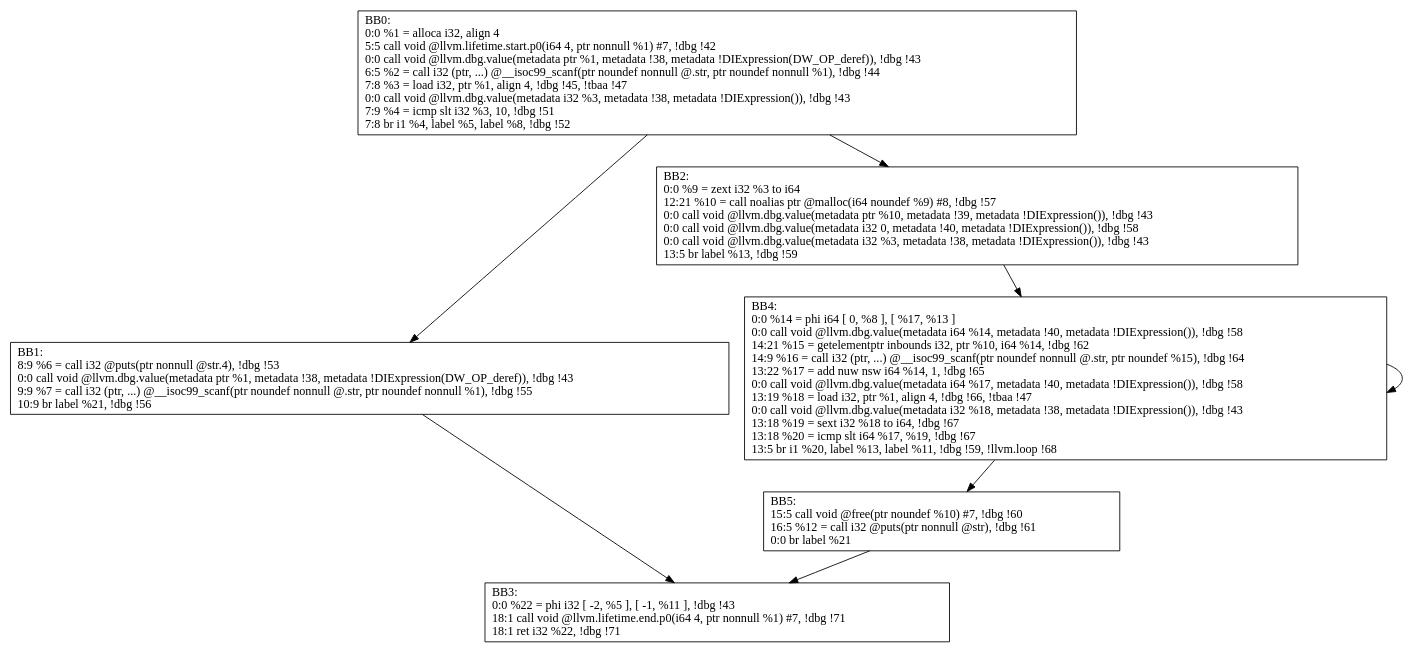
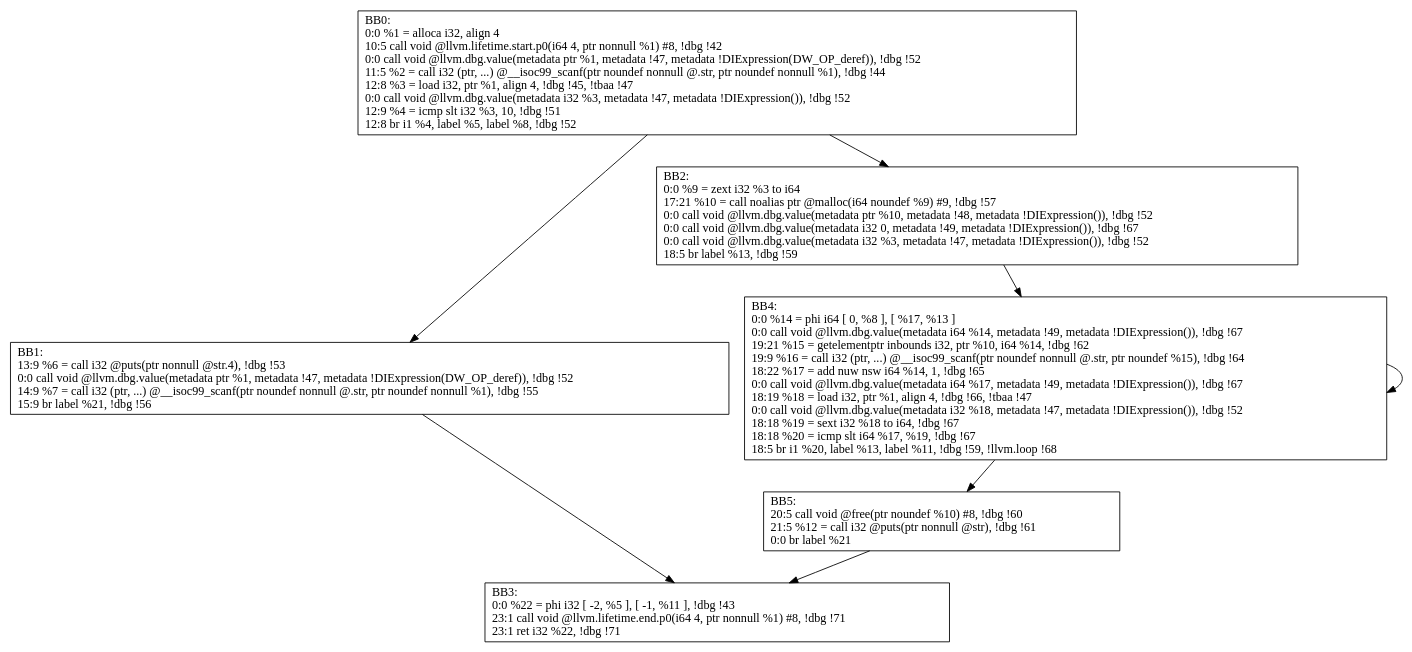
One commit to M-ouse/FinalDesign changed the diagram in output/demo1.ll_usep_CFG.dot. Above: the diagram before and after it, drawn with Graphviz. The commit also changed 12 other files, not shown here.

```diff
--- a/output/demo1.ll_usep_CFG.dot
+++ b/output/demo1.ll_usep_CFG.dot
@@ -1,15 +1,15 @@
 digraph "CFG for'usep' function" {
 	BB0-> BB1;
 	BB0-> BB2;
 	BB1-> BB3;
 	BB2-> BB4;
 	BB4-> BB4;
 	BB4-> BB5;
 	BB5-> BB3;
-	BB0 [shape=record, label="{BB0:\l0:0   %1 = alloca i32, align 4\l 5:5   call void @llvm.lifetime.start.p0(i64 4, ptr nonnull %1) #7, !dbg !42\l 0:0   call void @llvm.dbg.value(metadata ptr %1, metadata !38, metadata !DIExpression(DW_OP_deref)), !dbg !43\l 6:5   %2 = call i32 (ptr, ...) @__isoc99_scanf(ptr noundef nonnull @.str, ptr noundef nonnull %1), !dbg !44\l 7:8   %3 = load i32, ptr %1, align 4, !dbg !45, !tbaa !47\l 0:0   call void @llvm.dbg.value(metadata i32 %3, metadata !38, metadata !DIExpression()), !dbg !43\l 7:9   %4 = icmp slt i32 %3, 10, !dbg !51\l 7:8   br i1 %4, label %5, label %8, !dbg !52\l }"];
-	BB1 [shape=record, label="{BB1:\l8:9   %6 = call i32 @puts(ptr nonnull @str.4), !dbg !53\l 0:0   call void @llvm.dbg.value(metadata ptr %1, metadata !38, metadata !DIExpression(DW_OP_deref)), !dbg !43\l 9:9   %7 = call i32 (ptr, ...) @__isoc99_scanf(ptr noundef nonnull @.str, ptr noundef nonnull %1), !dbg !55\l 10:9   br label %21, !dbg !56\l }"];
-	BB2 [shape=record, label="{BB2:\l0:0   %9 = zext i32 %3 to i64\l 12:21   %10 = call noalias ptr @malloc(i64 noundef %9) #8, !dbg !57\l 0:0   call void @llvm.dbg.value(metadata ptr %10, metadata !39, metadata !DIExpression()), !dbg !43\l 0:0   call void @llvm.dbg.value(metadata i32 0, metadata !40, metadata !DIExpression()), !dbg !58\l 0:0   call void @llvm.dbg.value(metadata i32 %3, metadata !38, metadata !DIExpression()), !dbg !43\l 13:5   br label %13, !dbg !59\l }"];
-	BB3 [shape=record, label="{BB3:\l0:0   %22 = phi i32 [ -2, %5 ], [ -1, %11 ], !dbg !43\l 18:1   call void @llvm.lifetime.end.p0(i64 4, ptr nonnull %1) #7, !dbg !71\l 18:1   ret i32 %22, !dbg !71\l }"];
-	BB4 [shape=record, label="{BB4:\l0:0   %14 = phi i64 [ 0, %8 ], [ %17, %13 ]\l 0:0   call void @llvm.dbg.value(metadata i64 %14, metadata !40, metadata !DIExpression()), !dbg !58\l 14:21   %15 = getelementptr inbounds i32, ptr %10, i64 %14, !dbg !62\l 14:9   %16 = call i32 (ptr, ...) @__isoc99_scanf(ptr noundef nonnull @.str, ptr noundef %15), !dbg !64\l 13:22   %17 = add nuw nsw i64 %14, 1, !dbg !65\l 0:0   call void @llvm.dbg.value(metadata i64 %17, metadata !40, metadata !DIExpression()), !dbg !58\l 13:19   %18 = load i32, ptr %1, align 4, !dbg !66, !tbaa !47\l 0:0   call void @llvm.dbg.value(metadata i32 %18, metadata !38, metadata !DIExpression()), !dbg !43\l 13:18   %19 = sext i32 %18 to i64, !dbg !67\l 13:18   %20 = icmp slt i64 %17, %19, !dbg !67\l 13:5   br i1 %20, label %13, label %11, !dbg !59, !llvm.loop !68\l }"];
-	BB5 [shape=record, label="{BB5:\l15:5   call void @free(ptr noundef %10) #7, !dbg !60\l 16:5   %12 = call i32 @puts(ptr nonnull @str), !dbg !61\l 0:0   br label %21\l }"];
+	BB0 [shape=record, label="{BB0:\l0:0   %1 = alloca i32, align 4\l 10:5   call void @llvm.lifetime.start.p0(i64 4, ptr nonnull %1) #8, !dbg !42\l 0:0   call void @llvm.dbg.value(metadata ptr %1, metadata !47, metadata !DIExpression(DW_OP_deref)), !dbg !52\l 11:5   %2 = call i32 (ptr, ...) @__isoc99_scanf(ptr noundef nonnull @.str, ptr noundef nonnull %1), !dbg !44\l 12:8   %3 = load i32, ptr %1, align 4, !dbg !45, !tbaa !47\l 0:0   call void @llvm.dbg.value(metadata i32 %3, metadata !47, metadata !DIExpression()), !dbg !52\l 12:9   %4 = icmp slt i32 %3, 10, !dbg !51\l 12:8   br i1 %4, label %5, label %8, !dbg !52\l }"];
+	BB1 [shape=record, label="{BB1:\l13:9   %6 = call i32 @puts(ptr nonnull @str.4), !dbg !53\l 0:0   call void @llvm.dbg.value(metadata ptr %1, metadata !47, metadata !DIExpression(DW_OP_deref)), !dbg !52\l 14:9   %7 = call i32 (ptr, ...) @__isoc99_scanf(ptr noundef nonnull @.str, ptr noundef nonnull %1), !dbg !55\l 15:9   br label %21, !dbg !56\l }"];
+	BB2 [shape=record, label="{BB2:\l0:0   %9 = zext i32 %3 to i64\l 17:21   %10 = call noalias ptr @malloc(i64 noundef %9) #9, !dbg !57\l 0:0   call void @llvm.dbg.value(metadata ptr %10, metadata !48, metadata !DIExpression()), !dbg !52\l 0:0   call void @llvm.dbg.value(metadata i32 0, metadata !49, metadata !DIExpression()), !dbg !67\l 0:0   call void @llvm.dbg.value(metadata i32 %3, metadata !47, metadata !DIExpression()), !dbg !52\l 18:5   br label %13, !dbg !59\l }"];
+	BB3 [shape=record, label="{BB3:\l0:0   %22 = phi i32 [ -2, %5 ], [ -1, %11 ], !dbg !43\l 23:1   call void @llvm.lifetime.end.p0(i64 4, ptr nonnull %1) #8, !dbg !71\l 23:1   ret i32 %22, !dbg !71\l }"];
+	BB4 [shape=record, label="{BB4:\l0:0   %14 = phi i64 [ 0, %8 ], [ %17, %13 ]\l 0:0   call void @llvm.dbg.value(metadata i64 %14, metadata !49, metadata !DIExpression()), !dbg !67\l 19:21   %15 = getelementptr inbounds i32, ptr %10, i64 %14, !dbg !62\l 19:9   %16 = call i32 (ptr, ...) @__isoc99_scanf(ptr noundef nonnull @.str, ptr noundef %15), !dbg !64\l 18:22   %17 = add nuw nsw i64 %14, 1, !dbg !65\l 0:0   call void @llvm.dbg.value(metadata i64 %17, metadata !49, metadata !DIExpression()), !dbg !67\l 18:19   %18 = load i32, ptr %1, align 4, !dbg !66, !tbaa !47\l 0:0   call void @llvm.dbg.value(metadata i32 %18, metadata !47, metadata !DIExpression()), !dbg !52\l 18:18   %19 = sext i32 %18 to i64, !dbg !67\l 18:18   %20 = icmp slt i64 %17, %19, !dbg !67\l 18:5   br i1 %20, label %13, label %11, !dbg !59, !llvm.loop !68\l }"];
+	BB5 [shape=record, label="{BB5:\l20:5   call void @free(ptr noundef %10) #8, !dbg !60\l 21:5   %12 = call i32 @puts(ptr nonnull @str), !dbg !61\l 0:0   br label %21\l }"];
 }
```
